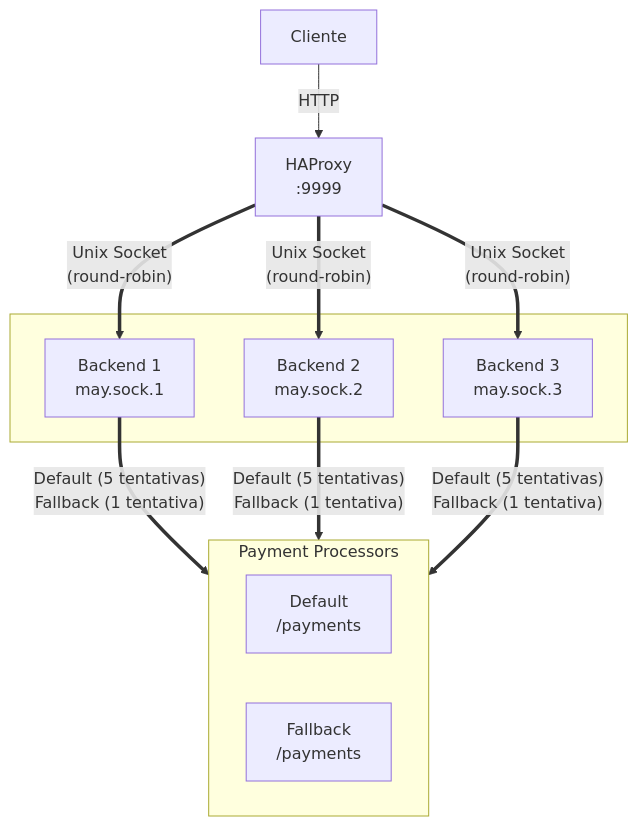
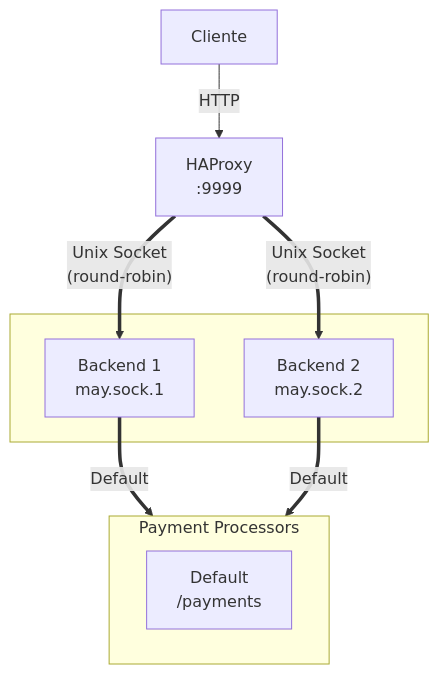
Before and after one commit to not4rt/rinha-2025: the diagram in README.md, drawn with Mermaid. The commit also changed other lines of this file and 2 other files, not shown here.

````diff
--- a/README.md
+++ b/README.md
@@ -22,21 +24,18 @@
 ```mermaid
     flowchart TB
     subgraph Backends[" "]
             B1["Backend 1<br>may.sock.1"]
             B2["Backend 2<br>may.sock.2"]
-            B3["Backend 3<br>may.sock.3"]
     end
     subgraph Payment["Payment Processors"]
             Default["Default<br/>/payments"]
-            Fallback["Fallback<br/>/payments"]
     end
         Client["Cliente"] -- HTTP --> HAProxy["HAProxy<br>:9999"]
-        HAProxy == "Unix Socket<br>(round-robin)" ==> B1 & B2 & B3
+        HAProxy == "Unix Socket<br>(round-robin)" ==> B1 & B2
 
-        B1 & B2 & B3 == "Default (5 tentativas)<br>Fallback (1 tentativa)" ==> Payment
+        B1 & B2 == "Default" ==> Payment
 
         B1:::backend
         B2:::backend
-        B3:::backend
         HAProxy:::haproxy
 ```
````
